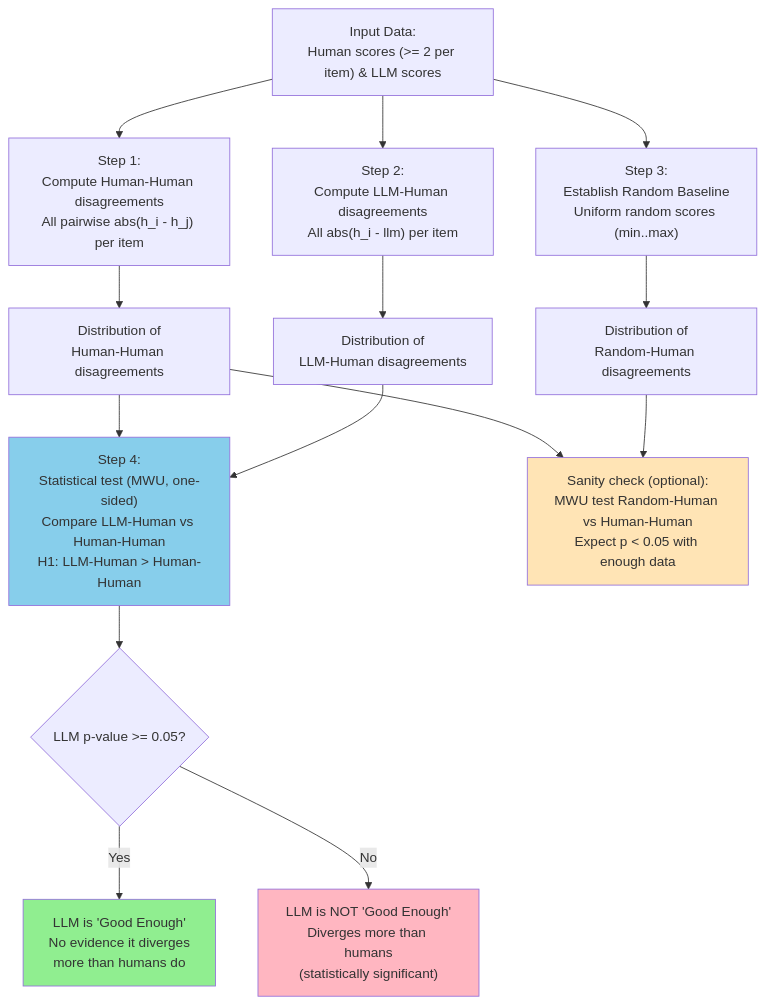
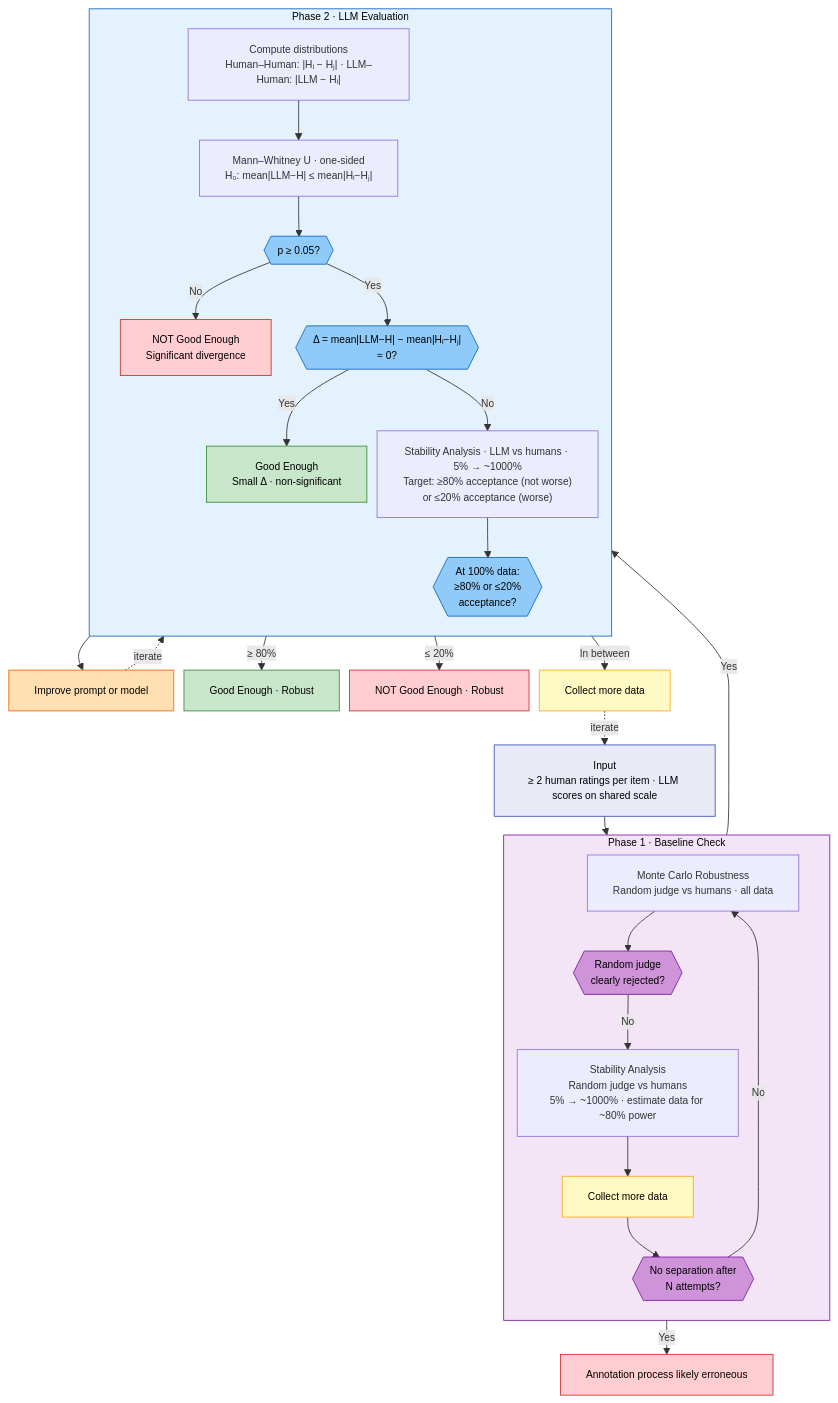
Before and after one commit to Ocean-code-1995/llm-judge-good-enough: the diagram in diagrams/mermaid/general_approach.mmd, drawn with Mermaid. The commit also changed 2 other files, not shown here.

Commit message:
docs(diagrams): add decision branches to the general approach

```diff
--- a/diagrams/mermaid/general_approach.mmd
+++ b/diagrams/mermaid/general_approach.mmd
@@ -1,24 +1,58 @@
+%%{init: {'flowchart': {'nodeSpacing': 12, 'rankSpacing': 22}, 'themeVariables': {'fontSize': '12px', 'fontFamily': 'arial, sans-serif'}}}%%
 flowchart TD
-    A["Input Data:<br/>Human scores (>= 2 per item) & LLM scores"] --> B["Step 1:<br/>Compute Human-Human disagreements<br/>All pairwise abs(h_i - h_j) per item"]
-    A --> C["Step 2:<br/>Compute LLM-Human disagreements<br/>All abs(h_i - llm) per item"]
-    A --> D["Step 3:<br/>Establish Random Baseline<br/>Uniform random scores (min..max)"]
+    INPUT["Input<br/>≥ 2 human ratings per item · LLM scores on shared scale"]
 
-    B --> E["Distribution of<br/>Human-Human disagreements"]
-    C --> F["Distribution of<br/>LLM-Human disagreements"]
-    D --> G["Distribution of<br/>Random-Human disagreements"]
+    INPUT --> MC
 
-    E --> H1["Step 4:<br/>Statistical test (MWU, one-sided)<br/>Compare LLM-Human vs Human-Human<br/>H1: LLM-Human > Human-Human"]
-    F --> H1
+    subgraph PHASE1 ["Phase 1 · Baseline Check"]
+        direction TB
+        MC["Monte Carlo Robustness<br/>Random judge vs humans · all data"]
+        MC --> MCOK{{"Random judge<br/>clearly rejected?"}}
+        MCOK -->|"No"| STAB1["Stability Analysis<br/>Random judge vs humans<br/>5% → ~1000% · estimate data for ~80% power"]
+        STAB1 --> MOREDATA["Collect more data"]
+        MOREDATA --> LIMIT{{"No separation after<br/>N attempts?"}}
+        LIMIT -->|"No"| MC
+    end
 
-    H1 --> I{"LLM p-value >= 0.05?"}
-    I -->|"Yes"| J["LLM is 'Good Enough'<br/>No evidence it diverges<br/>more than humans do"]
-    I -->|"No"| K["LLM is NOT 'Good Enough'<br/>Diverges more than humans<br/>(statistically significant)"]
+    LIMIT -->|"Yes"| ERR["Annotation process likely erroneous"]
+    MCOK -->|"Yes"| PHASE2
 
-    %% Optional sanity check: random judge should be rejected with enough data
-    E --> H2["Sanity check (optional):<br/>MWU test Random-Human vs Human-Human<br/>Expect p < 0.05 with enough data"]
-    G --> H2
+    subgraph PHASE2 ["Phase 2 · LLM Evaluation"]
+        direction TB
+        COMP["Compute distributions<br/>Human–Human: |Hᵢ − Hⱼ| · LLM–Human: |LLM − Hᵢ|"]
+        MWU["Mann–Whitney U · one-sided<br/>H₀: mean|LLM−H| ≤ mean|Hᵢ−Hⱼ|"]
+        COMP --> MWU
+        MWU --> PVAL{{"p ≥ 0.05?"}}
+        PVAL -->|"No"| NOTGE["NOT Good Enough<br/>Significant divergence"]
+        PVAL -->|"Yes"| DELTA{{"Δ = mean|LLM−H| − mean|Hᵢ−Hⱼ|<br/>≈ 0?"}}
+        DELTA -->|"Yes"| GOOD1["Good Enough<br/>Small Δ · non-significant"]
+        DELTA -->|"No"| STAB2["Stability Analysis · LLM vs humans · 5% → ~1000%<br/>Target: ≥80% acceptance (not worse)<br/>or ≤20% acceptance (worse)"]
+        STAB2 --> STABLE{{"At 100% data:<br/>≥80% or ≤20%<br/>acceptance?"}}
+    end
 
-    style J fill:#90EE90
-    style K fill:#FFB6C1
-    style H1 fill:#87CEEB
-    style H2 fill:#FFE4B5
+    NOTGE --> FIX["Improve prompt or model"]
+    FIX -.->|"iterate"| PHASE2
+
+    STABLE -->|"≥ 80%"| GOOD2["Good Enough · Robust"]
+    STABLE -->|"≤ 20%"| NOTGE2["NOT Good Enough · Robust"]
+    STABLE -->|"In between"| MORE2["Collect more data"]
+    MORE2 -.->|"iterate"| INPUT
+
+    style INPUT   fill:#E8EAF6,stroke:#3F51B5,color:#000
+    style GOOD1   fill:#C8E6C9,stroke:#388E3C,color:#000
+    style GOOD2   fill:#C8E6C9,stroke:#388E3C,color:#000
+    style NOTGE   fill:#FFCDD2,stroke:#D32F2F,color:#000
+    style NOTGE2  fill:#FFCDD2,stroke:#D32F2F,color:#000
+    style ERR     fill:#FFCDD2,stroke:#D32F2F,color:#000
+    style MOREDATA fill:#FFF9C4,stroke:#F9A825,color:#000
+    style MORE2   fill:#FFF9C4,stroke:#F9A825,color:#000
+    style FIX     fill:#FFE0B2,stroke:#EF6C00,color:#000
+
+    style PHASE1  fill:#F3E5F5,stroke:#7B1FA2,color:#000
+    style PHASE2  fill:#E3F2FD,stroke:#1565C0,color:#000
+
+    style MCOK    fill:#CE93D8,stroke:#7B1FA2,color:#000
+    style LIMIT   fill:#CE93D8,stroke:#7B1FA2,color:#000
+    style PVAL    fill:#90CAF9,stroke:#1565C0,color:#000
+    style DELTA   fill:#90CAF9,stroke:#1565C0,color:#000
+    style STABLE  fill:#90CAF9,stroke:#1565C0,color:#000
```
